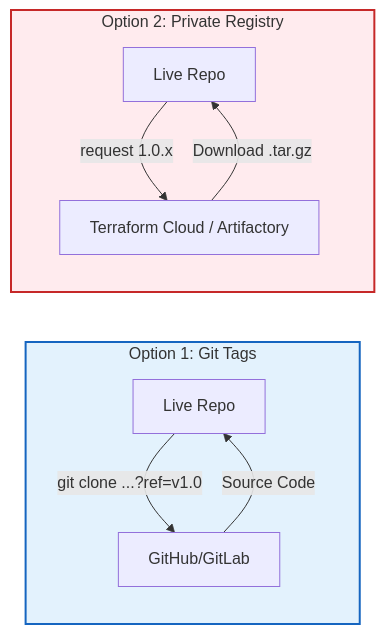
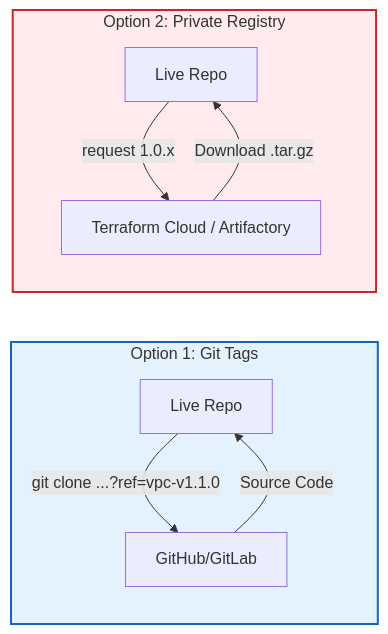
One commit to salsiy/bohobot changed the diagram in content/posts/tech-logs/part-4-git-tags-vs-registry.md. Above: the diagram before and after it, drawn with Mermaid. The commit also changed other lines of this file and 3 other files, not shown here.

```diff
--- a/content/posts/tech-logs/part-4-git-tags-vs-registry.md
+++ b/content/posts/tech-logs/part-4-git-tags-vs-registry.md
@@ -20,17 +20,17 @@
 {{< mermaid >}}
 flowchart LR
     subgraph Option1 ["Option 1: Git Tags"]
         direction TB
-        Live1["Live Repo"] -->|"git clone ...?ref=v1.0"| Git["GitHub/GitLab"]
+        Live1["Live Repo"] -->|"git clone ...?ref=vpc-v1.1.0"| Git["GitHub/GitLab"]
         Git -->|"Source Code"| Live1
     end
 
     subgraph Option2 ["Option 2: Private Registry"]
         direction TB
         Live2["Live Repo"] -->|"request 1.0.x"| Reg["Terraform Cloud / Artifactory"]
         Reg -->|"Download .tar.gz"| Live2
     end
     
     style Option1 fill:#e3f2fd,stroke:#1565c0,stroke-width:2px
     style Option2 fill:#ffebee,stroke:#c62828,stroke-width:2px
 {{< /mermaid >}}
```
